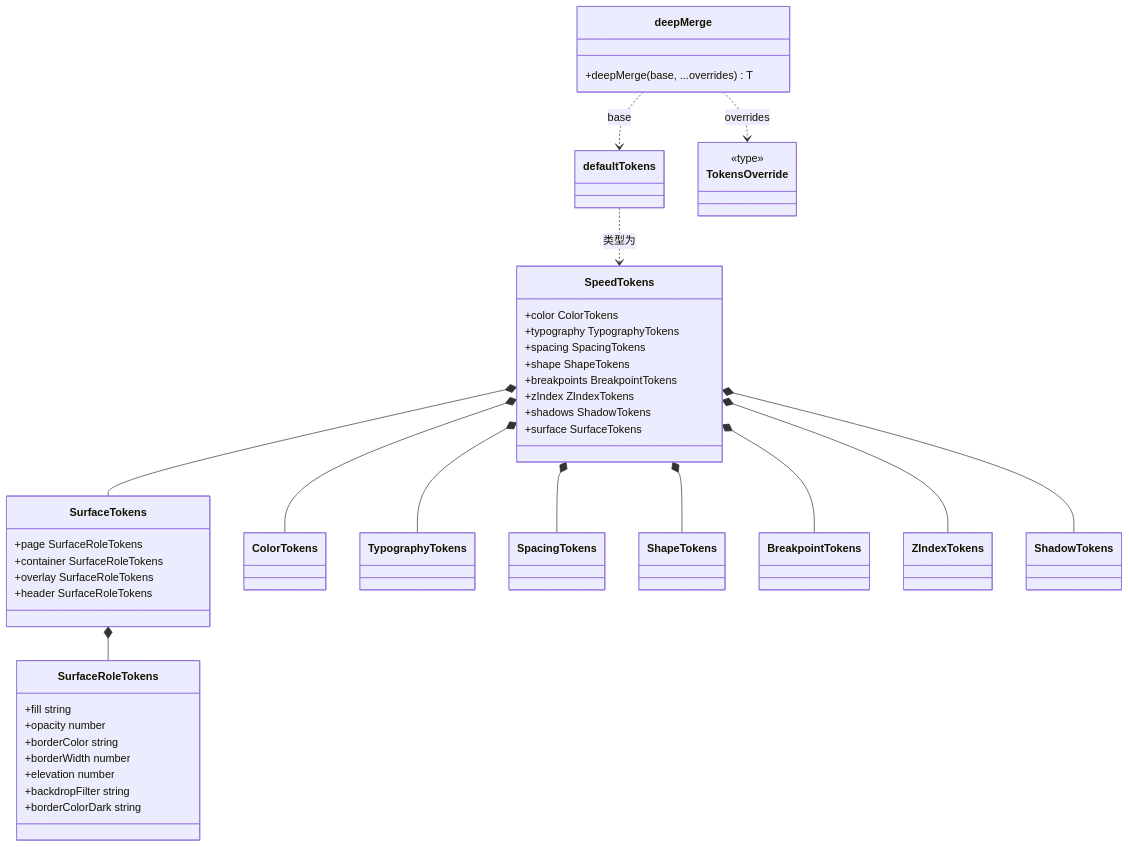
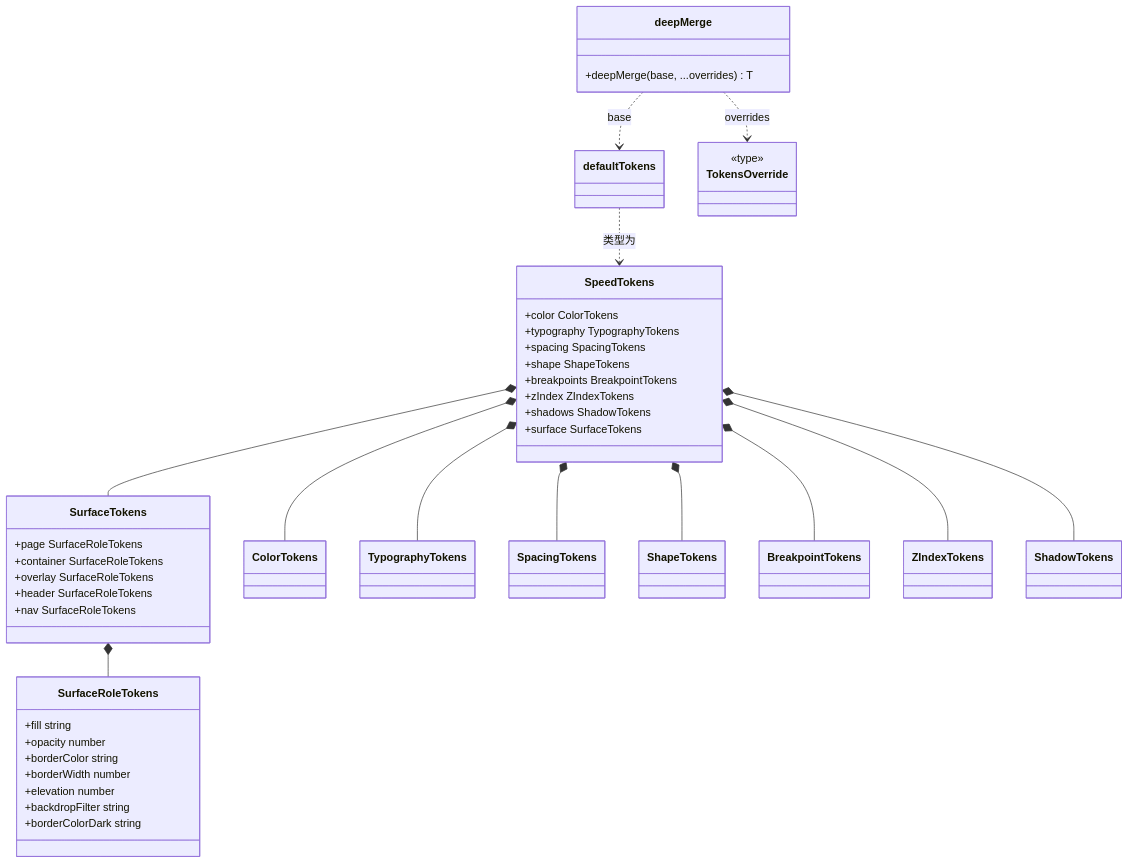
Before and after one commit to wangzw/speed: the diagram in docs/design/modules/web/design-web-tokens.md, drawn with Mermaid. The commit also changed other lines of this file and 9 other files, not shown here.

First line of the commit message:
feat(ui-kit): give the standing drawer its own surface role

````diff
--- a/docs/design/modules/web/design-web-tokens.md
+++ b/docs/design/modules/web/design-web-tokens.md
@@ -65,47 +65,48 @@
 ```mermaid
 classDiagram
     class SpeedTokens {
         +color ColorTokens
         +typography TypographyTokens
         +spacing SpacingTokens
         +shape ShapeTokens
         +breakpoints BreakpointTokens
         +zIndex ZIndexTokens
         +shadows ShadowTokens
         +surface SurfaceTokens
     }
     class SurfaceTokens {
         +page SurfaceRoleTokens
         +container SurfaceRoleTokens
         +overlay SurfaceRoleTokens
         +header SurfaceRoleTokens
+        +nav SurfaceRoleTokens
     }
     class SurfaceRoleTokens {
         +fill string
         +opacity number
         +borderColor string
         +borderWidth number
         +elevation number
         +backdropFilter string
         +borderColorDark string
     }
     class defaultTokens
     class deepMerge {
         +deepMerge(base, ...overrides) T
     }
     class TokensOverride {
         <<type>>
     }
     SpeedTokens *-- ColorTokens
     SpeedTokens *-- TypographyTokens
     SpeedTokens *-- SpacingTokens
     SpeedTokens *-- ShapeTokens
     SpeedTokens *-- BreakpointTokens
     SpeedTokens *-- ZIndexTokens
     SpeedTokens *-- ShadowTokens
     SpeedTokens *-- SurfaceTokens
     SurfaceTokens *-- SurfaceRoleTokens
     defaultTokens ..> SpeedTokens : 类型为
     deepMerge ..> defaultTokens : base
     deepMerge ..> TokensOverride : overrides
 ```
````
